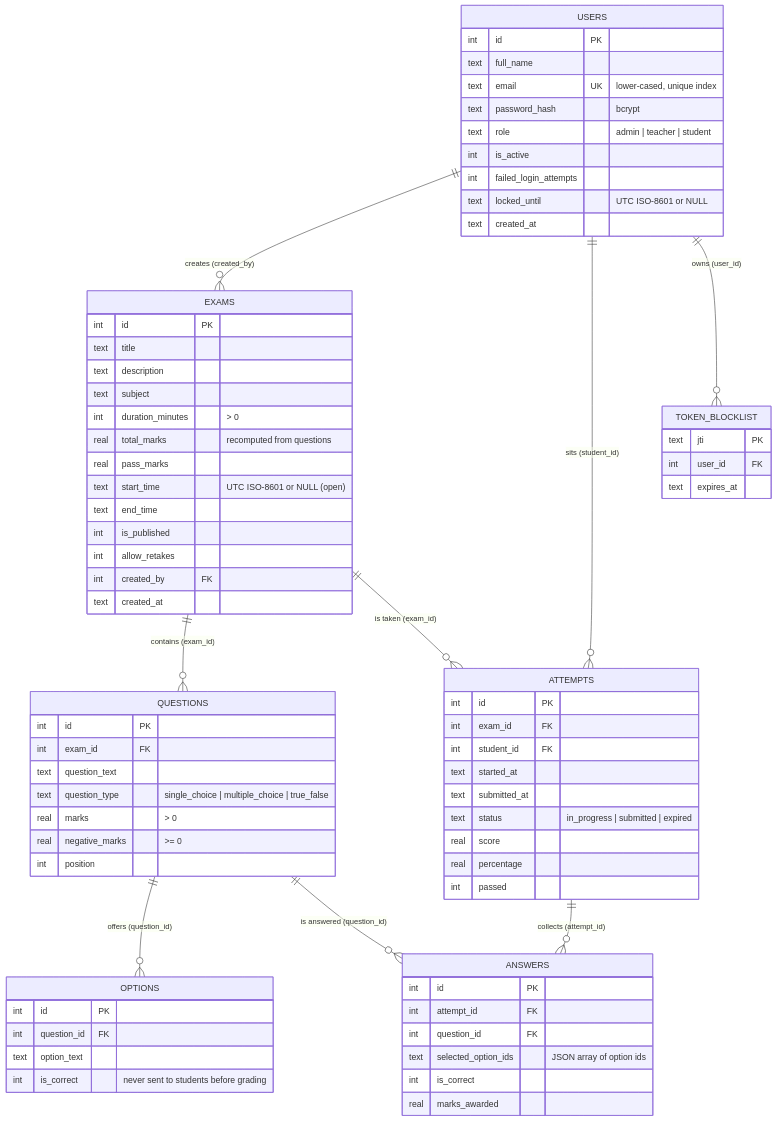
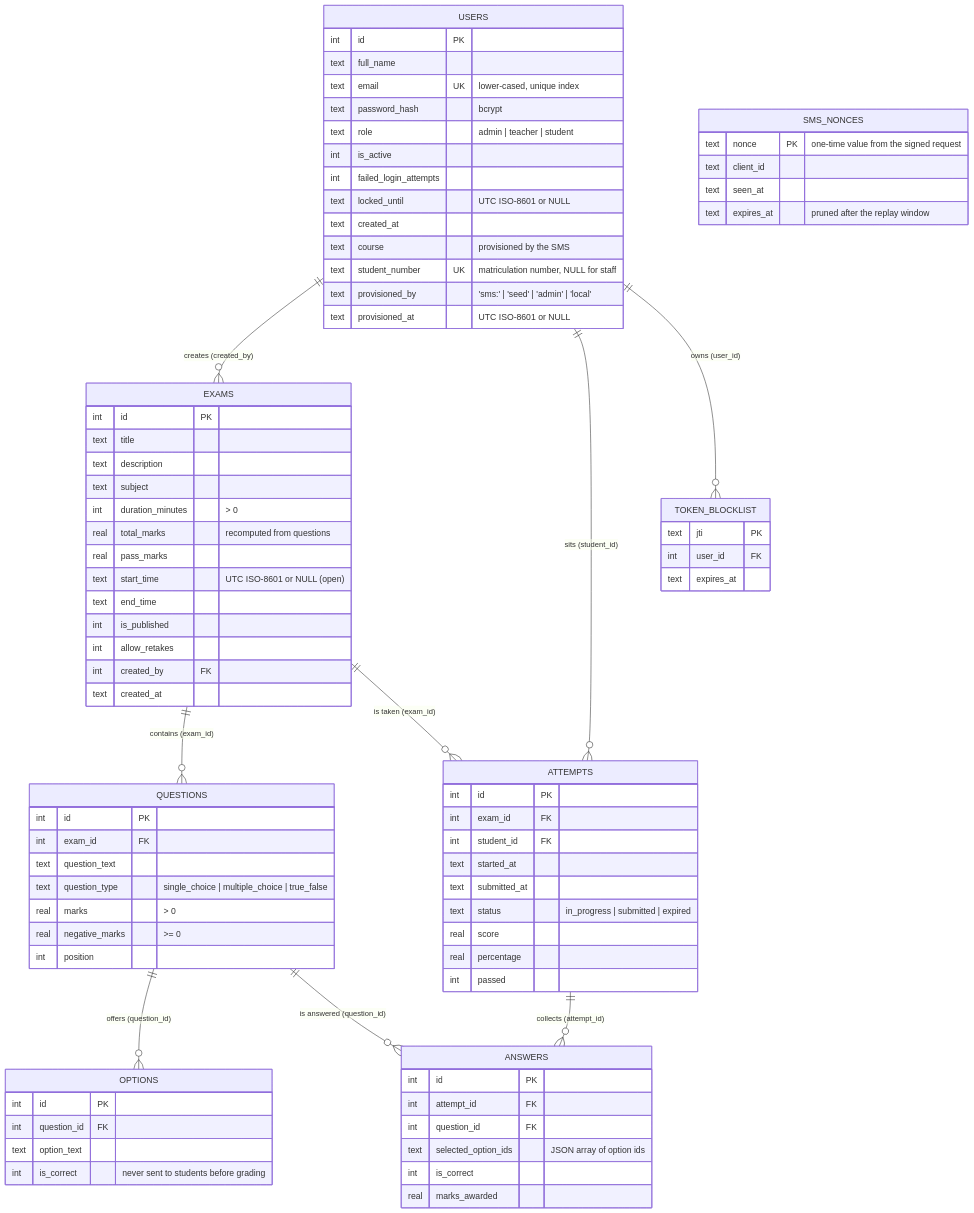
The diagram in README.md (Randy-Dosu/auspify_tms), drawn with Mermaid before and after one commit. The commit also changed other lines of this file and 31 other files, not shown here.

```diff
--- a/README.md
+++ b/README.md
@@ -285,6 +333,17 @@
         int     failed_login_attempts
         text    locked_until "UTC ISO-8601 or NULL"
         text    created_at
+        text    course "provisioned by the SMS"
+        text    student_number UK "matriculation number, NULL for staff"
+        text    provisioned_by "'sms:<client>' | 'seed' | 'admin' | 'local'"
+        text    provisioned_at "UTC ISO-8601 or NULL"
+    }
+
+    SMS_NONCES {
+        text    nonce PK "one-time value from the signed request"
+        text    client_id
+        text    seen_at
+        text    expires_at "pruned after the replay window"
     }
 
     TOKEN_BLOCKLIST {
```
